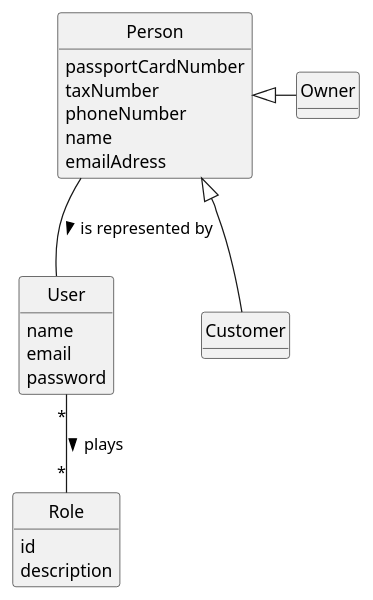
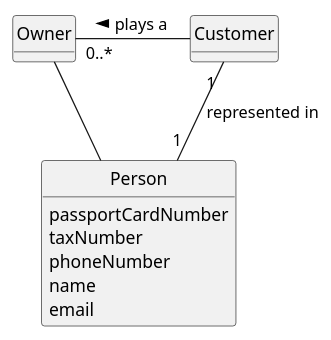
Before and after one commit to rita-barbosa/LAPR2-2223: the diagram in docs/sprintB/us007/02.analysis/puml/us007-domain-model.puml, drawn with PlantUML.

Commit message:
Update Domain Model [US007][Analysis].

```diff
--- a/docs/sprintB/us007/02.analysis/puml/us007-domain-model.puml
+++ b/docs/sprintB/us007/02.analysis/puml/us007-domain-model.puml
@@ -1,40 +1,31 @@
 @startuml
 skinparam monochrome true
 skinparam packageStyle rectangle
 skinparam shadowing false
 
 'left to right direction
 
 skinparam classAttributeIconSize 0
 
 hide circle
 hide methods
 
-class User{
-name
-email
-password
-}
-class Role{
-id
-description
-}
+
 class Customer{
 }
 class Owner{
 }
 class Person{
 passportCardNumber
 taxNumber
 phoneNumber
 name
-emailAdress
+email
 }
 
-User "*" -- "*" Role : plays >
-Customer -up-|> Person
-Owner -left--|> Person
-Person -- User : is represented by >
+Customer "1 "-- "1" Person : represented in
+Owner -- Person
+Owner "0..*" - Customer: plays a <
 
 
 @enduml
```
